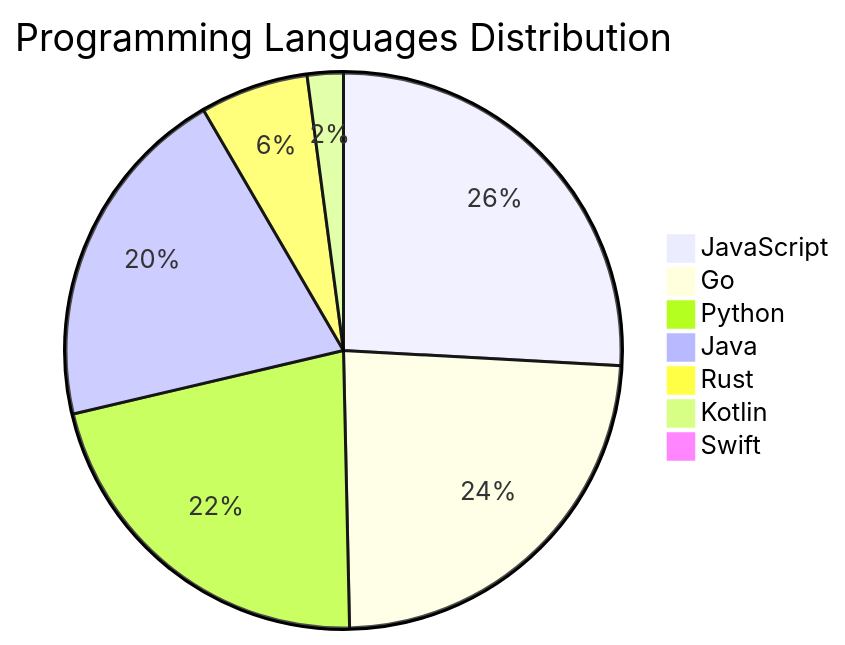
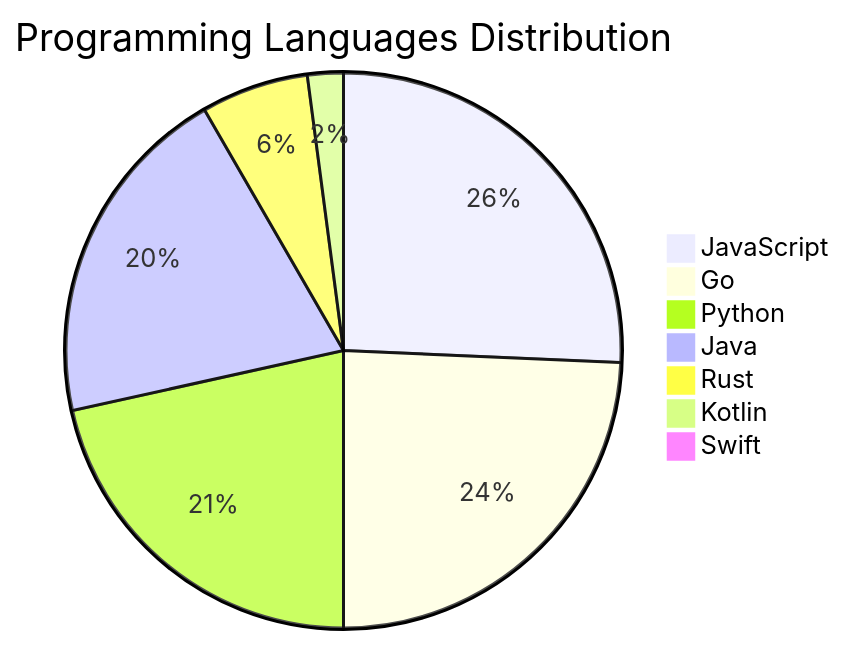
Before and after one commit to Derrick-MUGISHA/github-activity-bot: the diagram in README.md, drawn with Mermaid. The commit also changed other lines of this file and 4 other files, not shown here.

````diff
--- a/README.md
+++ b/README.md
@@ -209,10 +209,10 @@
 ```mermaid
 pie title Programming Languages Distribution
     "JavaScript" : 37
-    "Go" : 34
+    "Go" : 35
     "Python" : 31
     "Java" : 29
     "Rust" : 9
     "Kotlin" : 3
     "Swift" : 1
 ```
````
